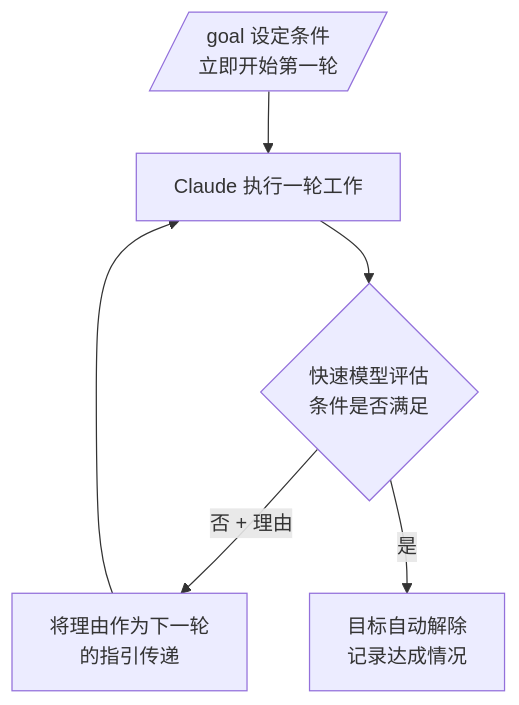
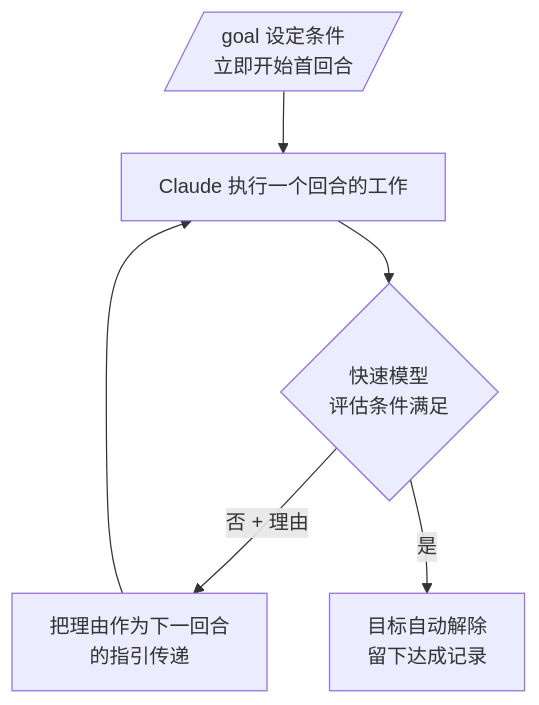
The diagram in docs-site/content/zh/claude-code/agentic/goal.md (modu-ai/moai-adk), drawn with Mermaid before and after one commit. The commit also changed other lines of this file and 395 other files, not shown here.

````diff
--- a/docs-site/content/zh/claude-code/agentic/goal.md
+++ b/docs-site/content/zh/claude-code/agentic/goal.md
@@ -33,8 +33,8 @@
 ```mermaid
 flowchart TD
-    A[/goal 设定条件<br>立即开始第一轮/] --> B[Claude 执行一轮工作]
-    B --> C{快速模型评估<br>条件是否满足}
-    C -->|否 + 理由| D[将理由作为下一轮<br>的指引传递]
+    A[/goal 设定条件<br>立即开始首回合/] --> B[Claude 执行一个回合的工作]
+    B --> C{快速模型<br>评估条件满足}
+    C -->|否 + 理由| D[把理由作为下一回合<br>的指引传递]
     D --> B
-    C -->|是| E[目标自动解除<br>记录达成情况]
+    C -->|是| E[目标自动解除<br>留下达成记录]
 ```
````
